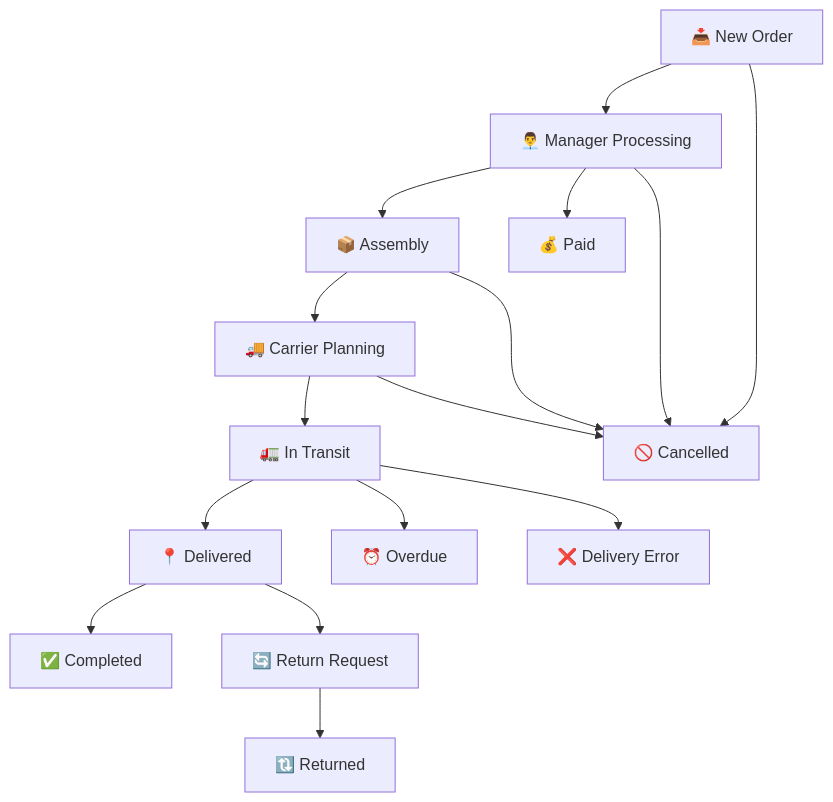
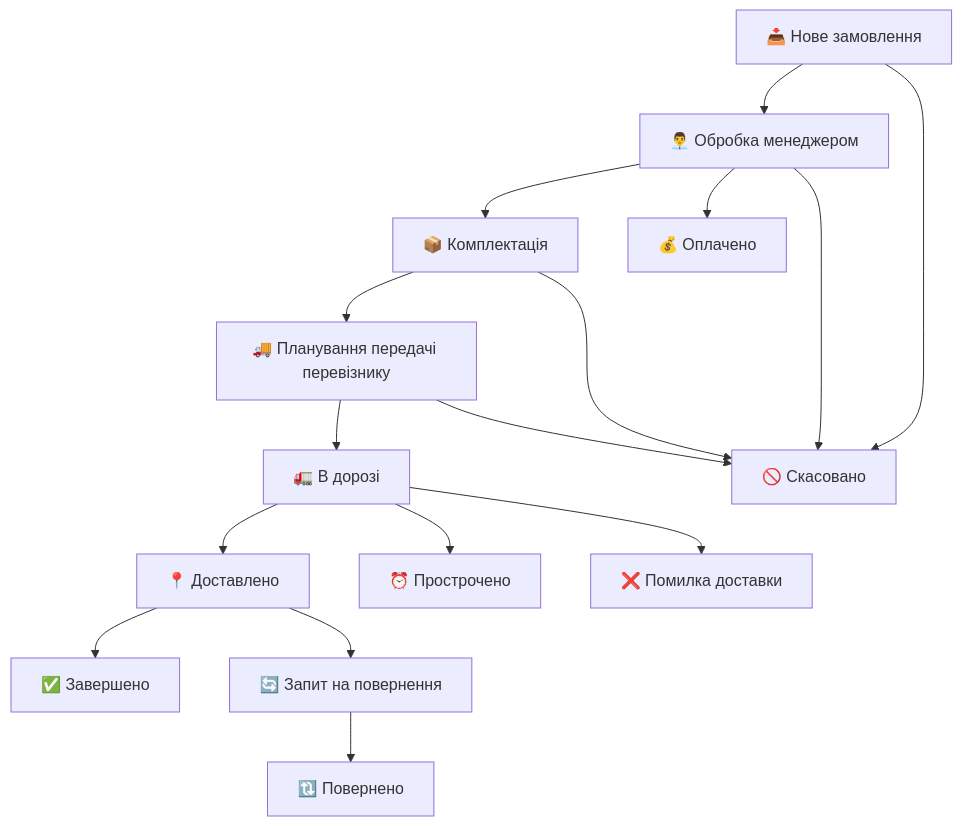
The diagram in docs/status-mapping.md (Ma3uR/order-management-system), drawn with Mermaid before and after one commit. The commit also changed other lines of this file and 19 other files, not shown here.

````diff
--- a/docs/status-mapping.md
+++ b/docs/status-mapping.md
@@ -98,20 +98,20 @@
 ```mermaid
 graph TD
-    A[📥 New Order] --> B[👨‍💼 Manager Processing]
-    B --> C[📦 Assembly]
-    C --> D[🚚 Carrier Planning]
-    D --> E[🚛 In Transit]
-    E --> F[📍 Delivered]
-    F --> G[✅ Completed]
+    A[📥 Нове замовлення] --> B[👨‍💼 Обробка менеджером]
+    B --> C[📦 Комплектація]
+    C --> D[🚚 Планування передачі перевізнику]
+    D --> E[🚛 В дорозі]
+    E --> F[📍 Доставлено]
+    F --> G[✅ Завершено]
     
-    B --> H[💰 Paid]
-    E --> I[⏰ Overdue]
-    E --> J[❌ Delivery Error]
-    F --> K[🔄 Return Request]
-    K --> L[🔃 Returned]
+    B --> H[💰 Оплачено]
+    E --> I[⏰ Прострочено]
+    E --> J[❌ Помилка доставки]
+    F --> K[🔄 Запит на повернення]
+    K --> L[🔃 Повернено]
     
-    A --> M[🚫 Cancelled]
+    A --> M[🚫 Скасовано]
     B --> M
     C --> M
     D --> M
 ```
````
